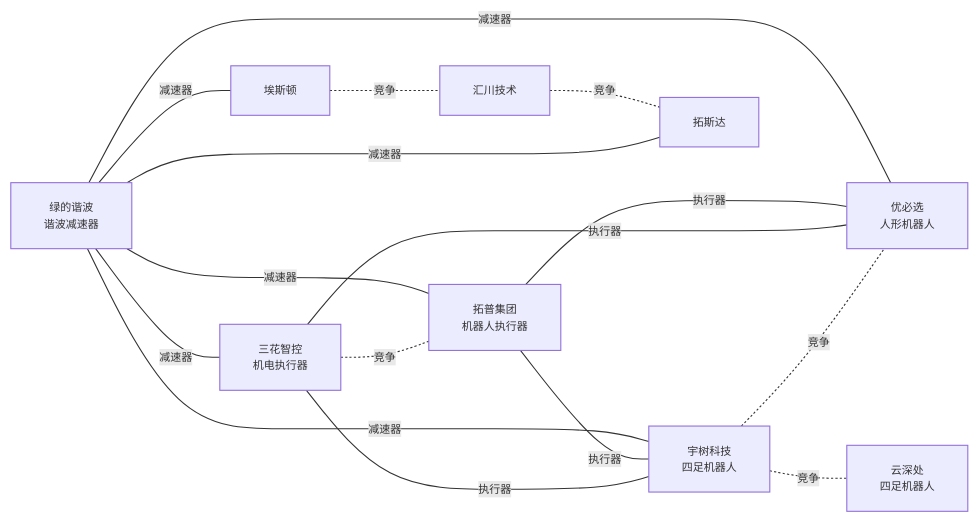
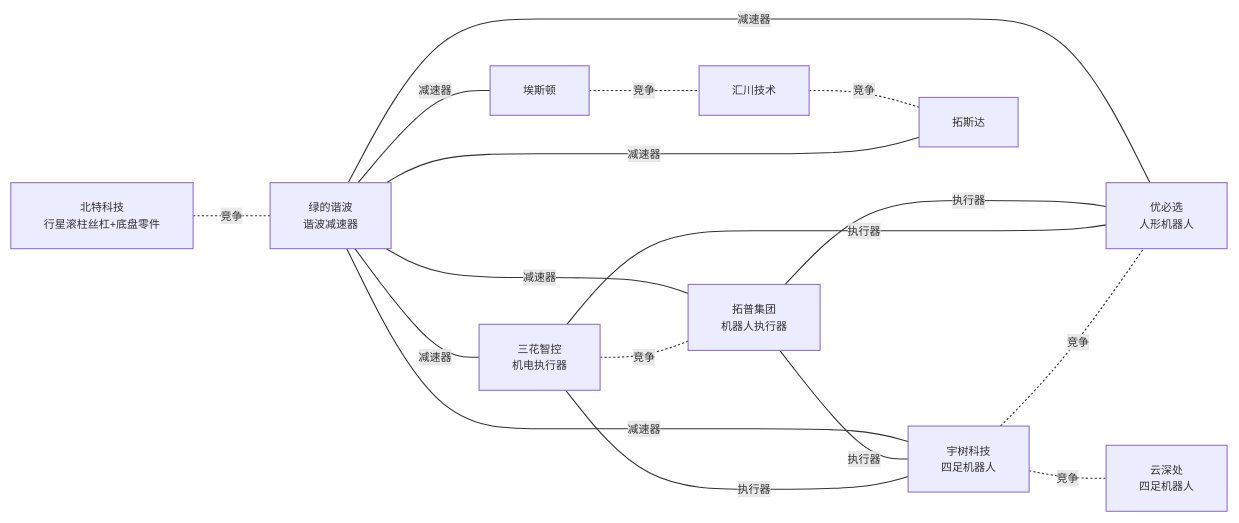
One commit to zhangbo1882/open-industry changed the third of 23 diagrams in industry/wiki/syntheses/公司关联图谱.md. Above: the diagram before and after it, drawn with Mermaid. The commit also changed other lines of this file and 108 other files, not shown here.

````diff
--- a/industry/wiki/syntheses/公司关联图谱.md
+++ b/industry/wiki/syntheses/公司关联图谱.md
@@ -315,28 +316,30 @@
 ```mermaid
 %%{init: {'themeVariables': {'fontSize': '10px'}}}%%
 graph LR
     宇树科技[宇树科技<br/>四足机器人]
     优必选[优必选<br/>人形机器人]
     云深处[云深处<br/>四足机器人]
     三花智控[三花智控<br/>机电执行器]
     拓普集团[拓普集团<br/>机器人执行器]
     绿的谐波[绿的谐波<br/>谐波减速器]
+    北特科技[北特科技<br/>行星滚柱丝杠+底盘零件]
     宇树科技 -.-|竞争| 优必选
     宇树科技 -.-|竞争| 云深处
     三花智控 ---|执行器| 宇树科技
     三花智控 ---|执行器| 优必选
     拓普集团 ---|执行器| 宇树科技
     拓普集团 ---|执行器| 优必选
     三花智控 -.-|竞争| 拓普集团
     绿的谐波 ---|减速器| 宇树科技
     绿的谐波 ---|减速器| 优必选
     绿的谐波 ---|减速器| 三花智控
     绿的谐波 ---|减速器| 拓斯达
     汇川技术 -.-|竞争| 拓斯达
     埃斯顿 -.-|竞争| 汇川技术
     绿的谐波 ---|减速器| 埃斯顿
     绿的谐波 ---|减速器| 拓普集团
+    北特科技 -.-|竞争| 绿的谐波
 
     classDef business fill:#4dabf7,color:#fff,stroke:#1971c2
     classDef competition fill:#ffd43b,color:#333,stroke:#fab005
 ```
````
